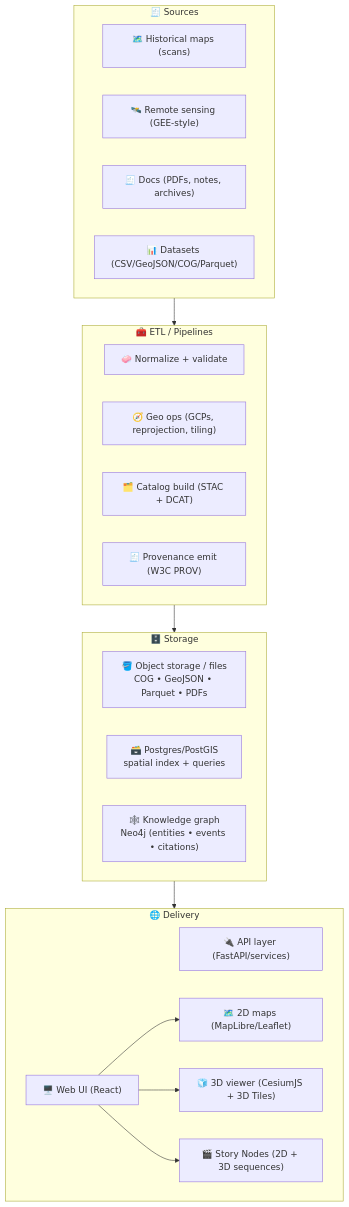
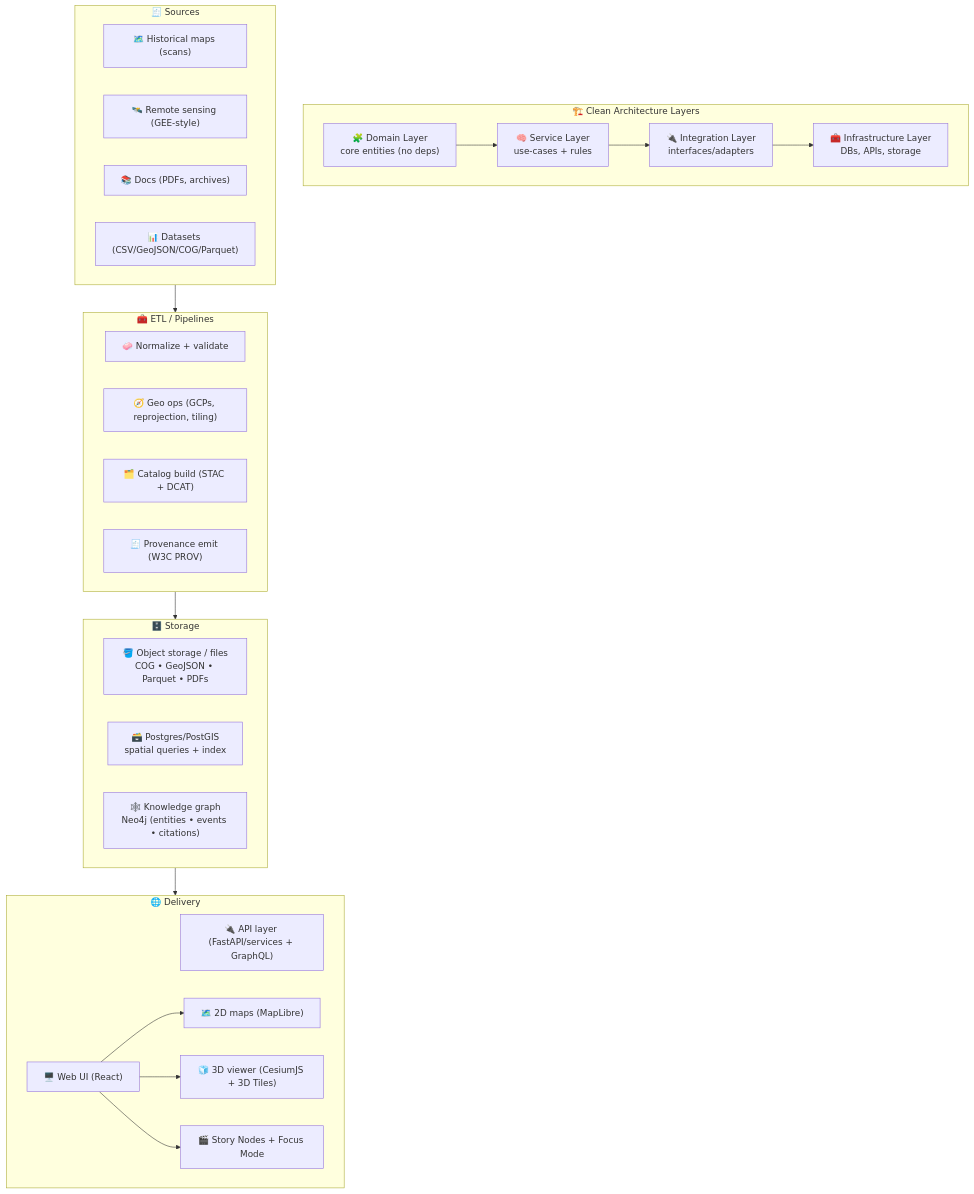
One commit to bartytime4life/Kansas-Frontier-Matrix changed the second of 3 diagrams in README.md. Above: the diagram before and after it, drawn with Mermaid. The commit also changed other lines of this file, not shown here.

````diff
--- a/README.md
+++ b/README.md
@@ -178,37 +183,43 @@
 ```mermaid
 flowchart TB
+  subgraph Layers["🏗️ Clean Architecture Layers"]
+    DL["🧩 Domain Layer<br/>core entities (no deps)"]
+    SL["🧠 Service Layer<br/>use-cases + rules"]
+    IL["🔌 Integration Layer<br/>interfaces/adapters"]
+    INFL["🧰 Infrastructure Layer<br/>DBs, APIs, storage"]
+    DL --> SL --> IL --> INFL
+  end
+
   subgraph Sources["🧾 Sources"]
     A["🗺️ Historical maps (scans)"]
     B["🛰️ Remote sensing (GEE-style)"]
-    C["🧾 Docs (PDFs, notes, archives)"]
+    C["📚 Docs (PDFs, archives)"]
     D["📊 Datasets (CSV/GeoJSON/COG/Parquet)"]
   end
 
   subgraph Pipelines["🧰 ETL / Pipelines"]
     E["🧼 Normalize + validate"]
     F["🧭 Geo ops (GCPs, reprojection, tiling)"]
     G["🗂️ Catalog build (STAC + DCAT)"]
     H["🧾 Provenance emit (W3C PROV)"]
   end
 
   subgraph Storage["🗄️ Storage"]
     I["🪣 Object storage / files<br/>COG • GeoJSON • Parquet • PDFs"]
-    J["🗃️ Postgres/PostGIS<br/>spatial index + queries"]
+    J["🗃️ Postgres/PostGIS<br/>spatial queries + index"]
     K["🕸️ Knowledge graph<br/>Neo4j (entities • events • citations)"]
   end
 
   subgraph Delivery["🌐 Delivery"]
-    L["🔌 API layer (FastAPI/services)"]
+    L["🔌 API layer (FastAPI/services + GraphQL)"]
     M["🖥️ Web UI (React)"]
-    N["🗺️ 2D maps (MapLibre/Leaflet)"]
+    N["🗺️ 2D maps (MapLibre)"]
     O["🧊 3D viewer (CesiumJS + 3D Tiles)"]
-    P["🎬 Story Nodes (2D + 3D sequences)"]
+    P["🎬 Story Nodes + Focus Mode"]
   end
 
-  Sources --> Pipelines
-  Pipelines --> Storage
-  Storage --> Delivery
+  Sources --> Pipelines --> Storage --> Delivery
   M --> N
   M --> O
   M --> P
 ```
````
